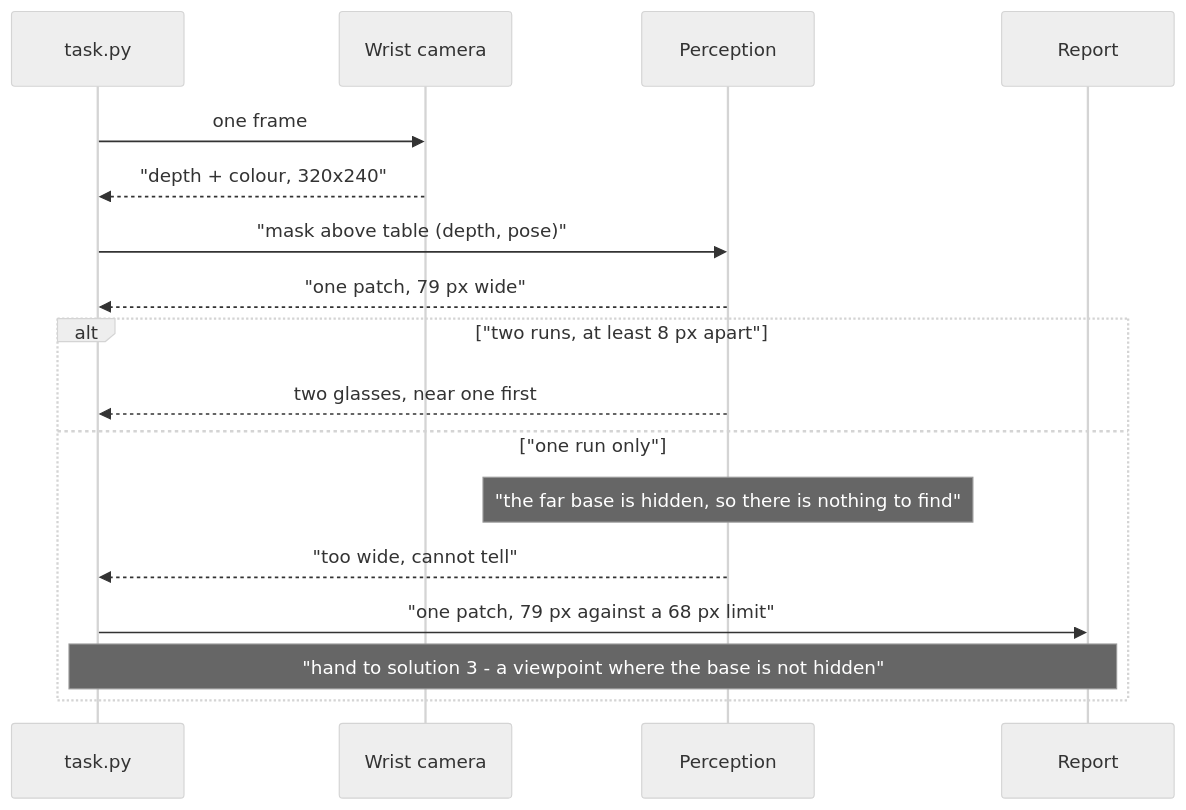
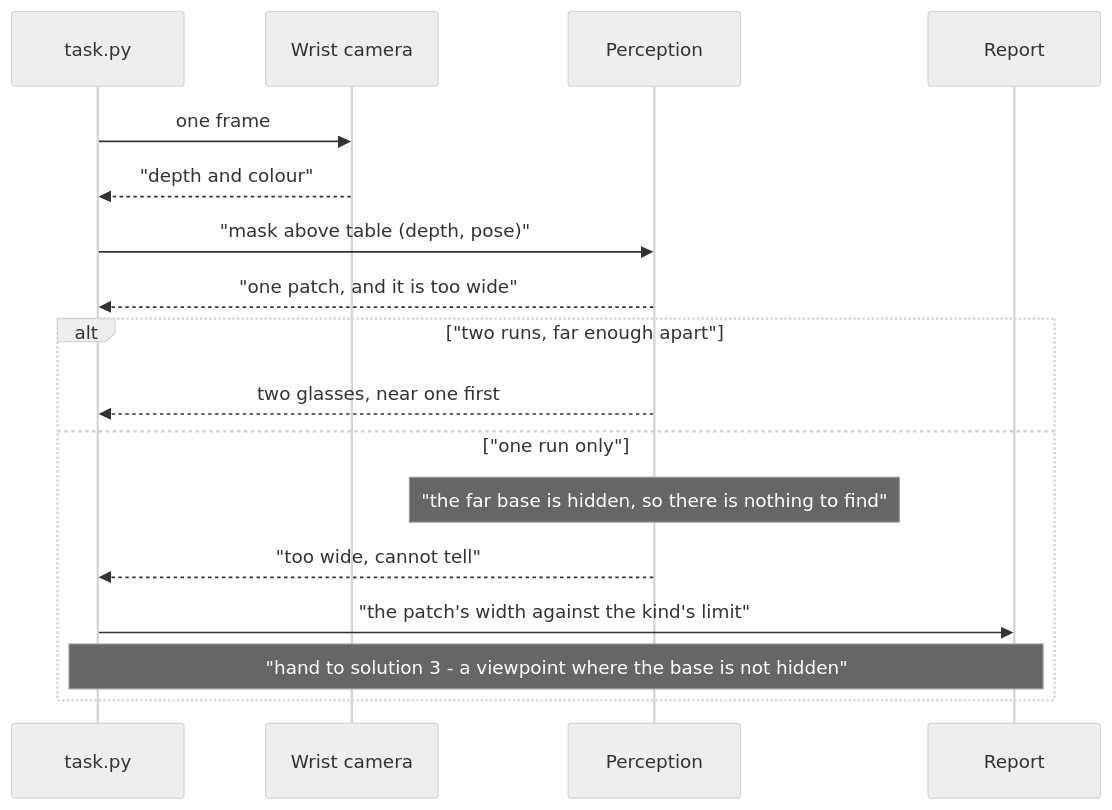
The second of 3 diagrams in v5-pick-glasses/docs/problem-2/solutions/01-split-the-blob-in-the-picture.md (RobinNagpal/robot-arm-projects), drawn with Mermaid (neutral theme) before and after one commit. The commit also changed other lines of this file, not shown here.

````diff
--- a/v5-pick-glasses/docs/problem-2/solutions/01-split-the-blob-in-the-picture.md
+++ b/v5-pick-glasses/docs/problem-2/solutions/01-split-the-blob-in-the-picture.md
@@ -278,19 +328,19 @@
 ```mermaid
 sequenceDiagram
     participant T as task.py
     participant C as Wrist camera
     participant P as Perception
     participant R as Report
     T->>C: one frame
-    C-->>T: "depth + colour, 320x240"
+    C-->>T: "depth and colour"
     T->>P: "mask above table (depth, pose)"
-    P-->>T: "one patch, 79 px wide"
-    alt "two runs, at least 8 px apart"
+    P-->>T: "one patch, and it is too wide"
+    alt "two runs, far enough apart"
         P-->>T: two glasses, near one first
     else "one run only"
         Note over P: "the far base is hidden, so there is nothing to find"
         P-->>T: "too wide, cannot tell"
-        T->>R: "one patch, 79 px against a 68 px limit"
+        T->>R: "the patch's width against the kind's limit"
         Note over T,R: "hand to solution 3 - a viewpoint where the base is not hidden"
     end
 ```
````
